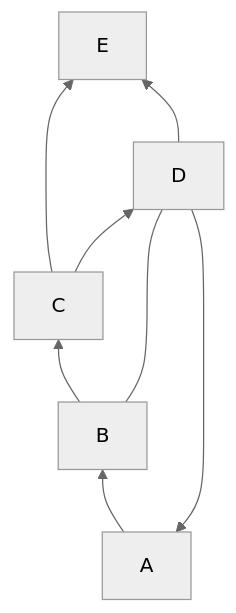
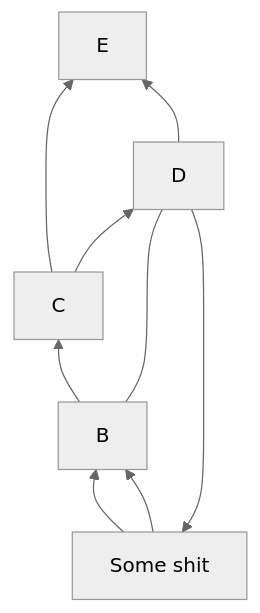
Before and after one commit to PokumeKachi/ybiau: the third of 3 diagrams in notes/9qpx6l55.md, drawn with Mermaid (neutral theme). The commit also changed other lines of this file and 6 other files, not shown here.

````diff
--- a/notes/9qpx6l55.md
+++ b/notes/9qpx6l55.md
@@ -62,10 +62,11 @@
 ```mermaid
 graph BT
 A-->B
 B-->C
 C-->D
 D-->A
 C-->E
 D-->E
 B---D
+A[Some shit]-->B
 ```
````
